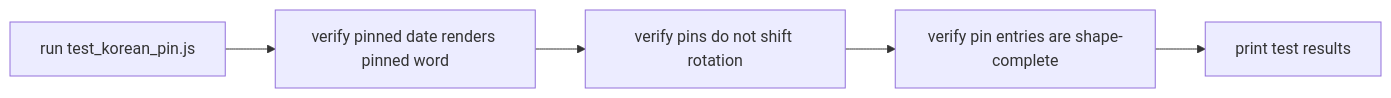
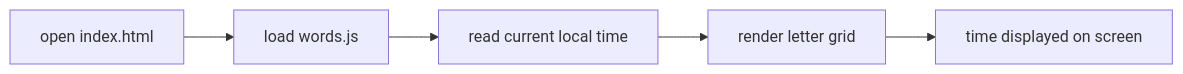
One commit to cptntrps/korean-word-of-the-day changed the second of 3 diagrams in docs/3_WORKFLOWS.md. Above: the diagram before and after it, drawn with Mermaid. The commit also changed other lines of this file and 5 other files, not shown here.

````diff
--- a/docs/3_WORKFLOWS.md
+++ b/docs/3_WORKFLOWS.md
@@ -52,7 +52,7 @@
-  ```mermaid
-  graph LR
-    A[run test_korean_pin.js] --> B[verify pinned date renders pinned word]
-    B --> C[verify pins do not shift rotation]
-    C --> D[verify pin entries are shape-complete]
-    D --> E[print test results]
-  ```
+```mermaid
+graph LR
+  A[open index.html] --> B[load words.js]
+  B --> C[read current local time]
+  C --> D[render letter grid]
+  D --> E[time displayed on screen]
+```
````
